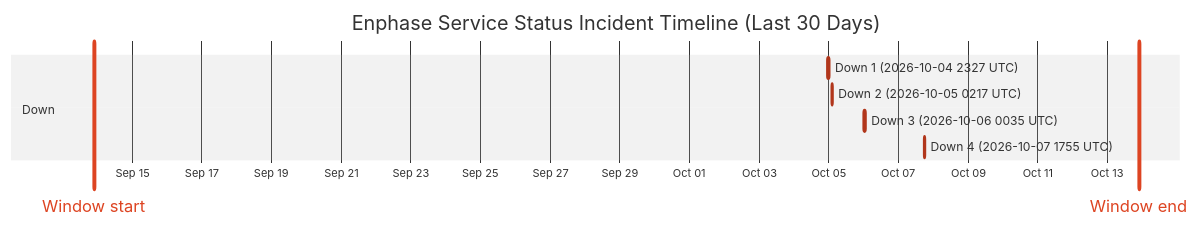
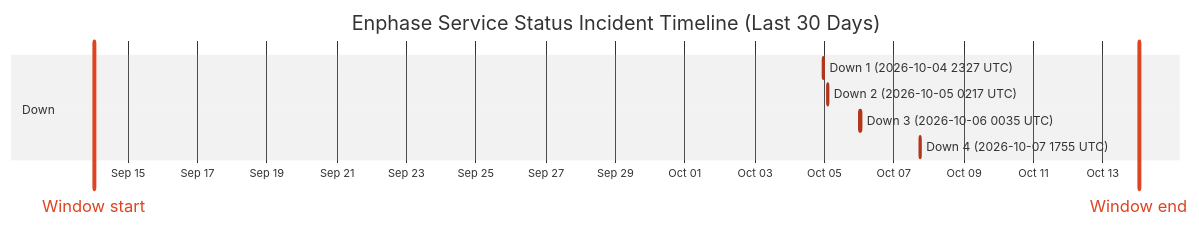
One commit to barneyonline/ha-enphase-energy changed the diagram in wiki/Service-Status-History.md. Above: the diagram before and after it, drawn with Mermaid (neutral theme). The commit also changed other lines of this file and 3 other files, not shown here.

````diff
--- a/wiki/Service-Status-History.md
+++ b/wiki/Service-Status-History.md
@@ -14,13 +14,13 @@
 ```mermaid
 gantt
     title Enphase Service Status Incident Timeline (Last 30 Days)
     dateFormat  YYYY-MM-DDTHH:mm:ss
     axisFormat  %b %d
-    Window start :vert, window-start, 2026-09-13T21:42:57, 0ms
-    Window end :vert, window-end, 2026-10-13T21:42:57, 0ms
+    Window start :vert, window-start, 2026-09-14T00:51:33, 0ms
+    Window end :vert, window-end, 2026-10-14T00:51:33, 0ms
     section Down
     Down 1 (2026-10-04 2327 UTC) :crit, down-1, 2026-10-04T23:27:34, 60m
     Down 2 (2026-10-05 0217 UTC) :crit, down-2, 2026-10-05T02:17:30, 60m
     Down 3 (2026-10-06 0035 UTC) :crit, down-3, 2026-10-06T00:35:21, 60m
     Down 4 (2026-10-07 1755 UTC) :crit, down-4, 2026-10-07T17:55:16, 60m
 ```
````
